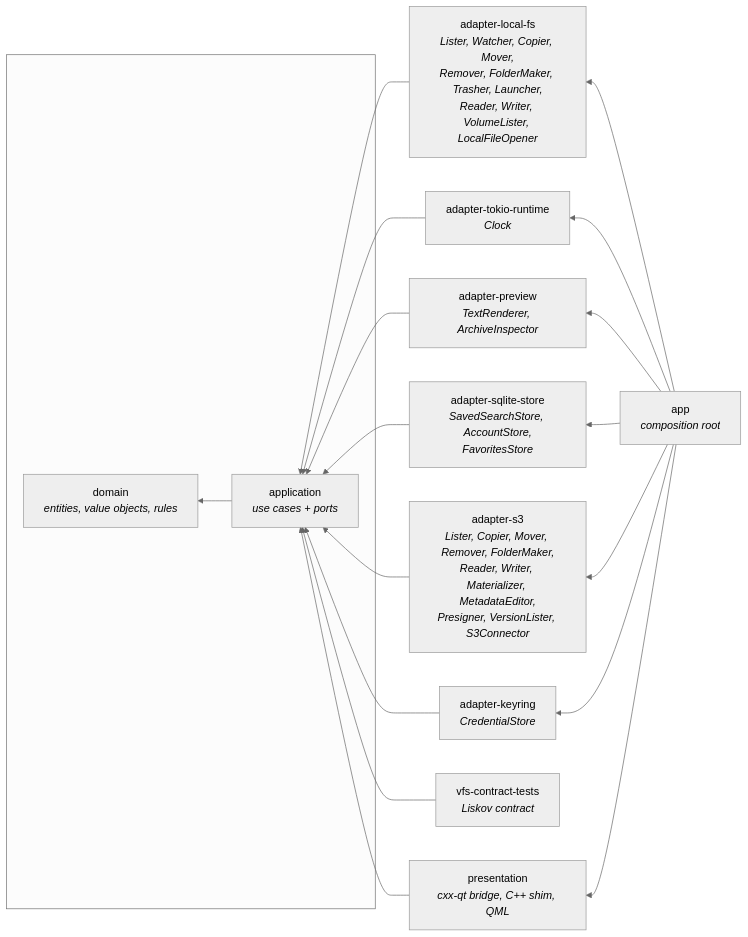
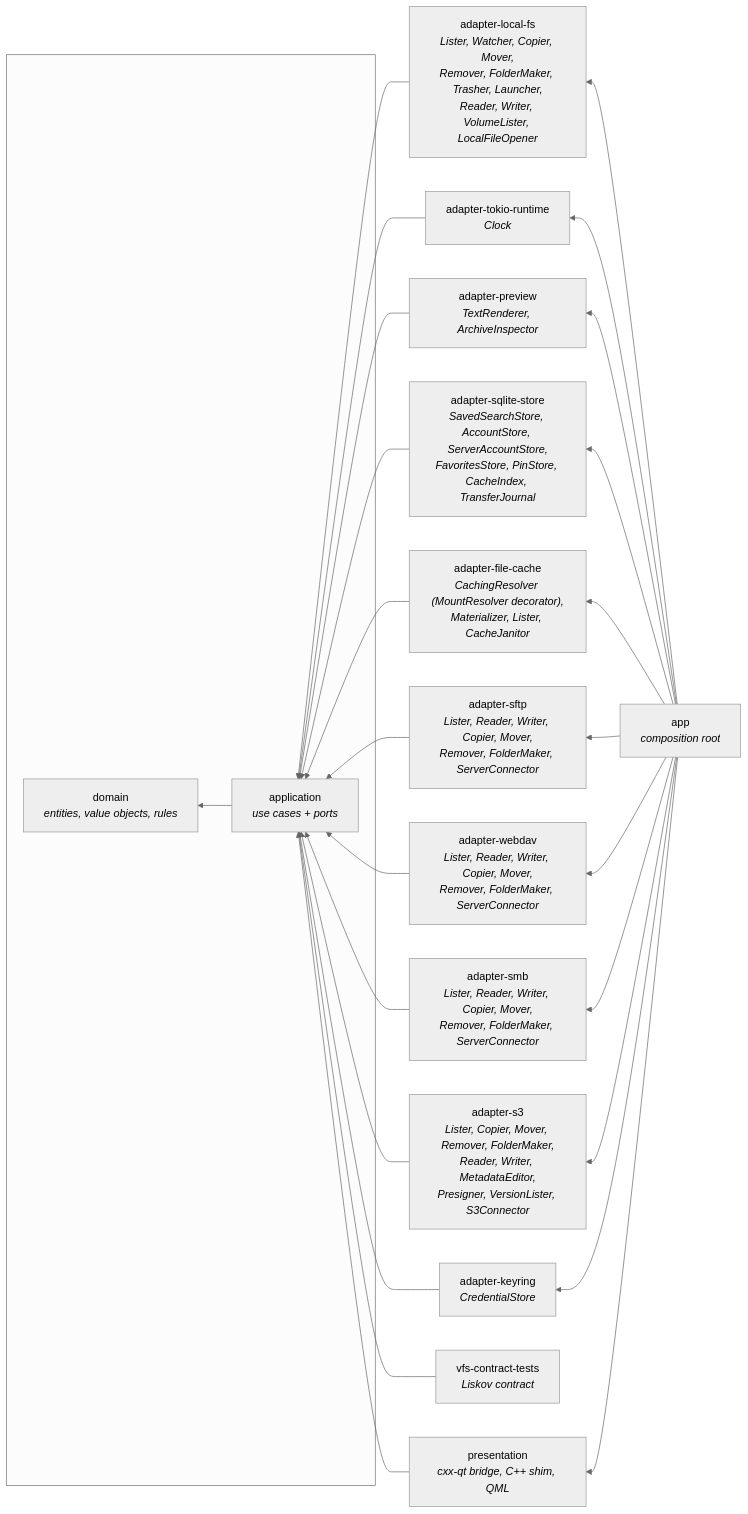
One commit to gustaavik/findermaxxing changed the diagram in docs/architecture.md. Above: the diagram before and after it, drawn with Mermaid (neutral theme). The commit also changed other lines of this file and 87 other files, not shown here.

````diff
--- a/docs/architecture.md
+++ b/docs/architecture.md
@@ -5,25 +5,33 @@
 ```mermaid
 flowchart RL
     subgraph core[" "]
         domain["domain<br/><i>entities, value objects, rules</i>"]
         application["application<br/><i>use cases + ports</i>"]
     end
     application --> domain
 
     local["adapter-local-fs<br/><i>Lister, Watcher, Copier, Mover,<br/>Remover, FolderMaker, Trasher, Launcher,<br/>Reader, Writer, VolumeLister, LocalFileOpener</i>"] --> application
     tokio_rt["adapter-tokio-runtime<br/><i>Clock</i>"] --> application
     preview["adapter-preview<br/><i>TextRenderer, ArchiveInspector</i>"] --> application
-    store["adapter-sqlite-store<br/><i>SavedSearchStore, AccountStore,<br/>FavoritesStore</i>"] --> application
-    s3["adapter-s3<br/><i>Lister, Copier, Mover, Remover, FolderMaker,<br/>Reader, Writer, Materializer, MetadataEditor,<br/>Presigner, VersionLister, S3Connector</i>"] --> application
+    store["adapter-sqlite-store<br/><i>SavedSearchStore, AccountStore, ServerAccountStore,<br/>FavoritesStore, PinStore, CacheIndex, TransferJournal</i>"] --> application
+    cache["adapter-file-cache<br/><i>CachingResolver (MountResolver decorator),<br/>Materializer, Lister, CacheJanitor</i>"] --> application
+    sftp["adapter-sftp<br/><i>Lister, Reader, Writer, Copier, Mover,<br/>Remover, FolderMaker, ServerConnector</i>"] --> application
+    webdav["adapter-webdav<br/><i>Lister, Reader, Writer, Copier, Mover,<br/>Remover, FolderMaker, ServerConnector</i>"] --> application
+    smb["adapter-smb<br/><i>Lister, Reader, Writer, Copier, Mover,<br/>Remover, FolderMaker, ServerConnector</i>"] --> application
+    s3["adapter-s3<br/><i>Lister, Copier, Mover, Remover, FolderMaker,<br/>Reader, Writer, MetadataEditor,<br/>Presigner, VersionLister, S3Connector</i>"] --> application
     keyring["adapter-keyring<br/><i>CredentialStore</i>"] --> application
     contract["vfs-contract-tests<br/><i>Liskov contract</i>"] --> application
     presentation["presentation<br/><i>cxx-qt bridge, C++ shim, QML</i>"] --> application
 
     app["app<br/><i>composition root</i>"] --> local
     app --> tokio_rt
     app --> preview
     app --> store
     app --> s3
     app --> keyring
+    app --> cache
+    app --> sftp
+    app --> webdav
+    app --> smb
     app --> presentation
 ```
````
